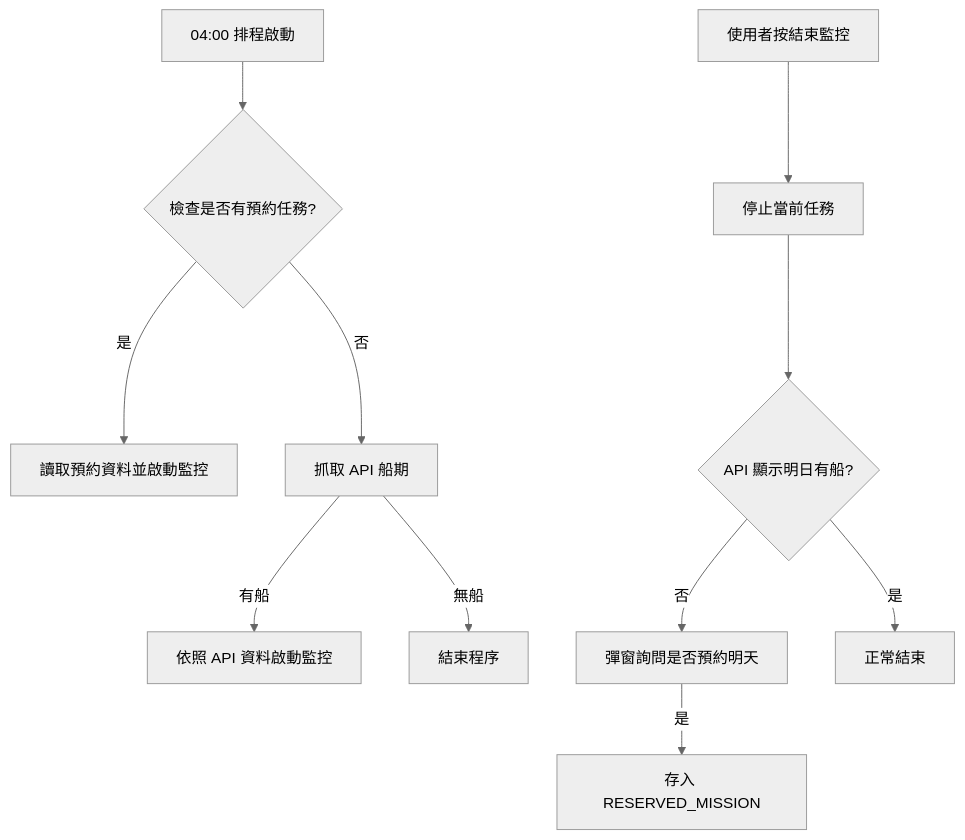
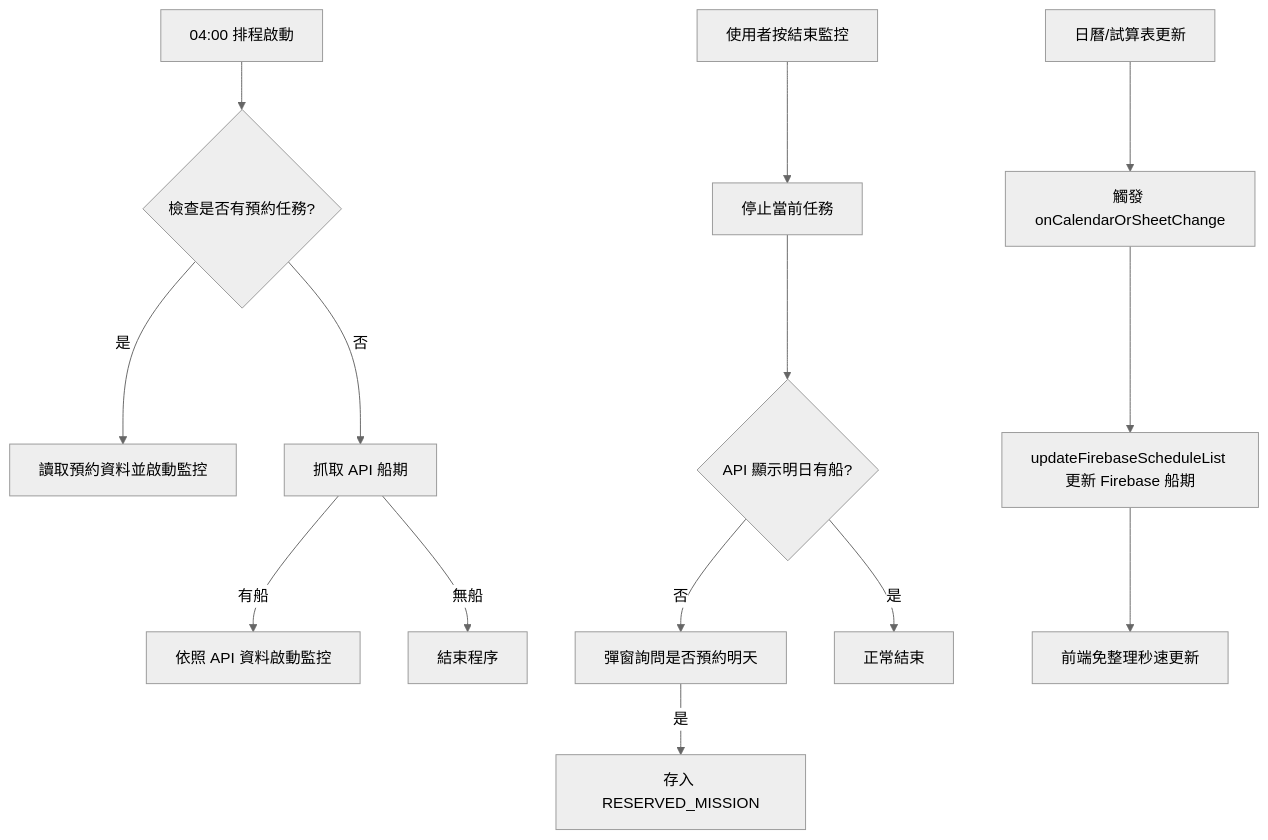
Before and after one commit to uuuhasho/wind-monitor-app: the diagram in README.md, drawn with Mermaid (neutral theme). The commit also changed other lines of this file and 1 other file, not shown here.

````diff
--- a/README.md
+++ b/README.md
@@ -32,14 +38,18 @@
 ```mermaid
 graph TD
     A[04:00 排程啟動] --> B{檢查是否有預約任務?}
     B -- 是 --> C[讀取預約資料並啟動監控]
     B -- 否 --> D[抓取 API 船期]
     D -- 有船 --> E[依照 API 資料啟動監控]
     D -- 無船 --> F[結束程序]
     
     G[使用者按結束監控] --> H[停止當前任務]
     H --> I{API 顯示明日有船?}
     I -- 否 --> J[彈窗詢問是否預約明天]
     J -- 是 --> K[存入 RESERVED_MISSION]
     I -- 是 --> L[正常結束]
+    
+    M[日曆/試算表更新] --> N[觸發 onCalendarOrSheetChange]
+    N --> O[updateFirebaseScheduleList 更新 Firebase 船期]
+    O --> P[前端免整理秒速更新]
 ```
````
